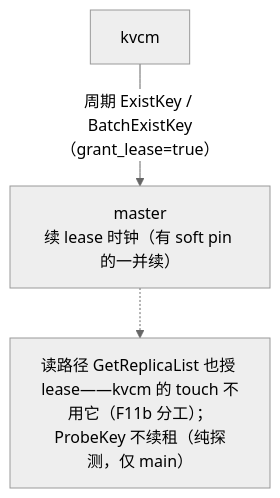
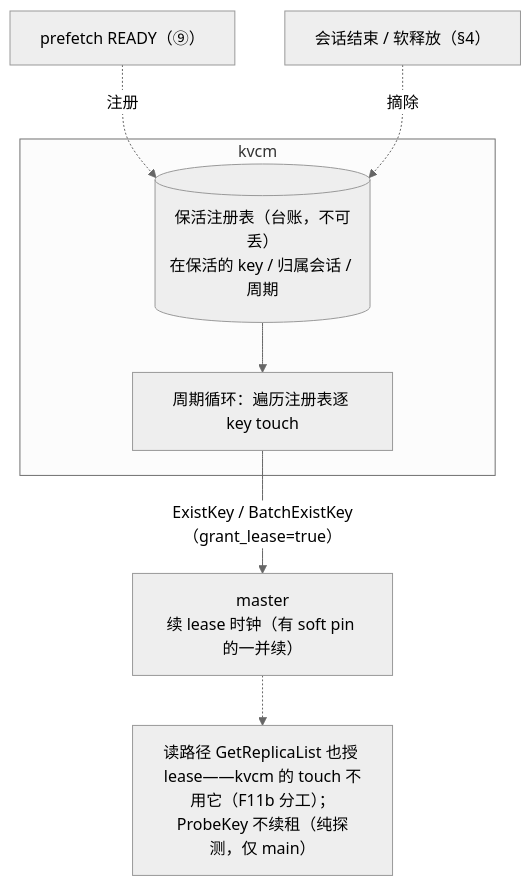
Before and after one commit to 5x8-40/lake: the fourth of 10 diagrams in kvcm/D2-kv-operations.md, drawn with Mermaid (neutral theme). The commit also changed other lines of this file, not shown here.

First line of the commit message:
docs(kvcm): 修正 copy/move 接口面事实 + keepalive 图补注册表与循环

````diff
--- a/kvcm/D2-kv-operations.md
+++ b/kvcm/D2-kv-operations.md
@@ -335,6 +339,13 @@
 ```mermaid
 flowchart TB
-    K["kvcm"] -->|"周期 ExistKey / BatchExistKey（grant_lease=true）"| M["master<br/>续 lease 时钟（有 soft pin 的一并续）"]
+    subgraph KVCM["kvcm"]
+        REG[("保活注册表（台账，不可丢）<br/>在保活的 key / 归属会话 / 周期")]
+        LOOP["周期循环：遍历注册表逐 key touch"]
+        REG --> LOOP
+    end
+    E1["prefetch READY（⑨）"] -.->|"注册"| REG
+    E2["会话结束 / 软释放（§4）"] -.->|"摘除"| REG
+    LOOP -->|"ExistKey / BatchExistKey（grant_lease=true）"| M["master<br/>续 lease 时钟（有 soft pin 的一并续）"]
     N["读路径 GetReplicaList 也授 lease——kvcm 的 touch 不用它（F11b 分工）；<br/>ProbeKey 不续租（纯探测，仅 main）"]
     M -.-> N
 ```
````
